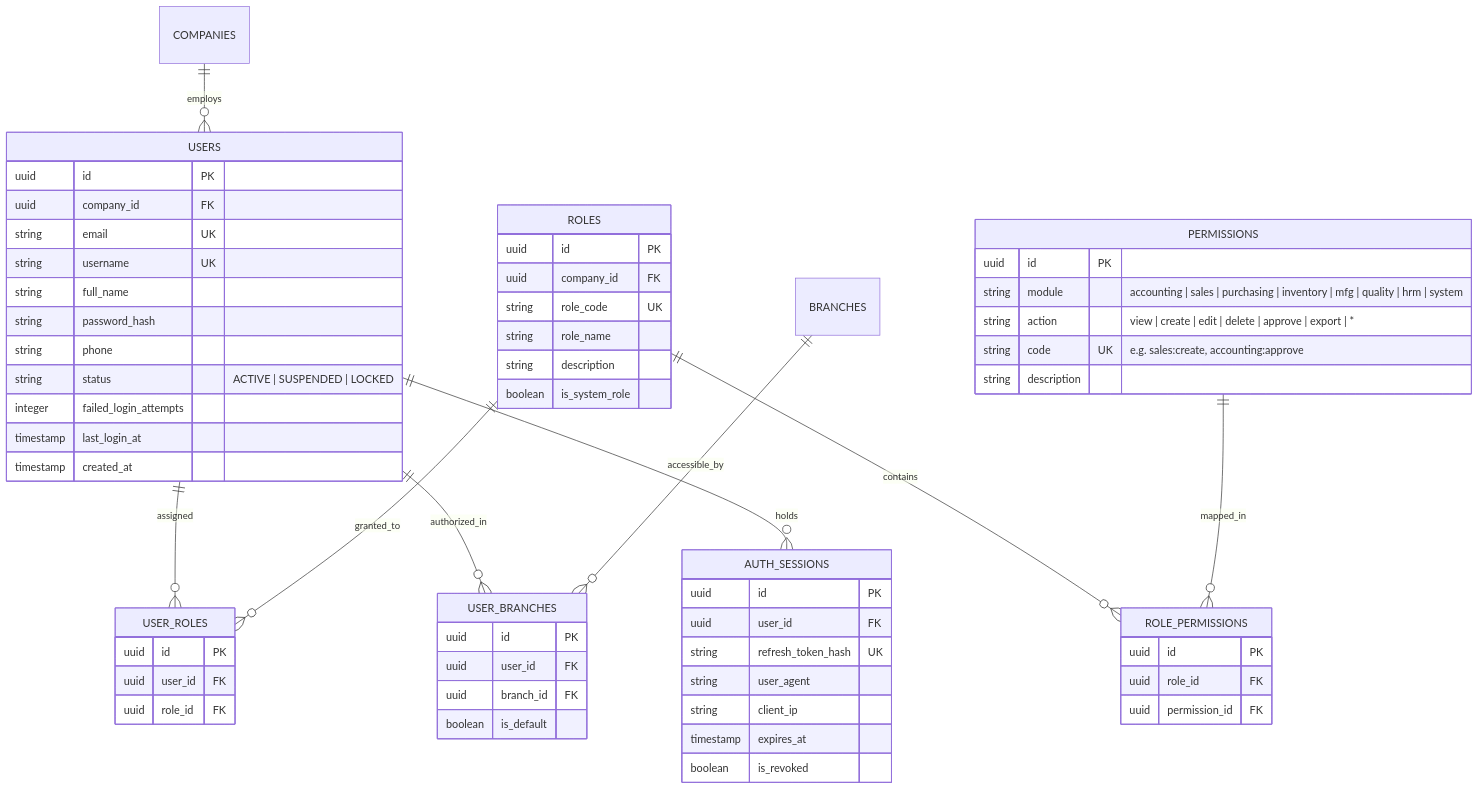
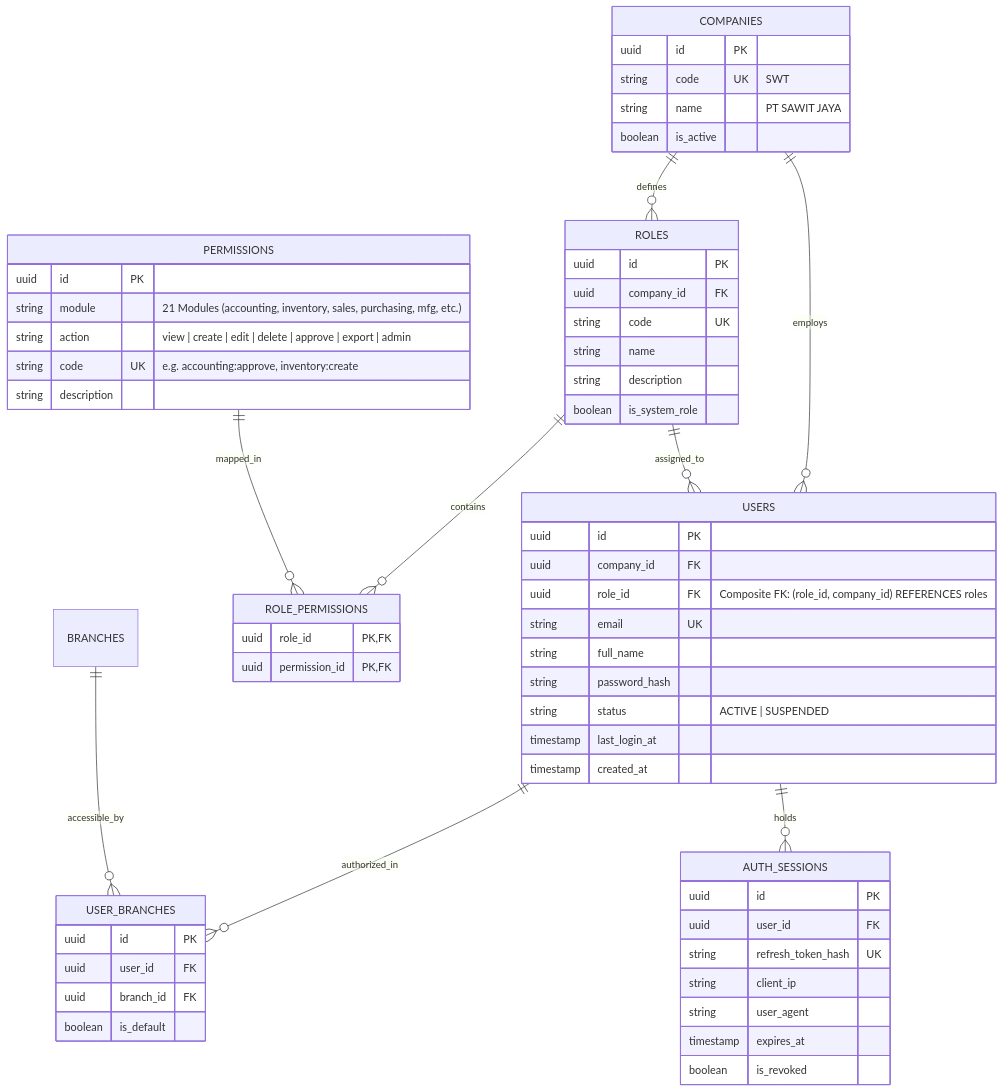
Before and after one commit to Vall-Here/mnf-erp-nextjs-golang: the fourth of 4 diagrams in sdd/16_iam_rbac_sdd.md, drawn with Mermaid. The commit also changed other lines of this file and 10 other files, not shown here.

````diff
--- a/sdd/16_iam_rbac_sdd.md
+++ b/sdd/16_iam_rbac_sdd.md
@@ -121,71 +129,69 @@
 ```mermaid
 erDiagram
+    COMPANIES ||--o{ ROLES : "defines"
     COMPANIES ||--o{ USERS : "employs"
-    USERS ||--o{ USER_ROLES : "assigned"
-    ROLES ||--o{ USER_ROLES : "granted_to"
+    ROLES ||--o{ USERS : "assigned_to"
     ROLES ||--o{ ROLE_PERMISSIONS : "contains"
     PERMISSIONS ||--o{ ROLE_PERMISSIONS : "mapped_in"
     USERS ||--o{ USER_BRANCHES : "authorized_in"
     BRANCHES ||--o{ USER_BRANCHES : "accessible_by"
     USERS ||--o{ AUTH_SESSIONS : "holds"
 
-    USERS {
+    COMPANIES {
         uuid id PK
-        uuid company_id FK
-        string email UK
-        string username UK
-        string full_name
-        string password_hash
-        string phone
-        string status "ACTIVE | SUSPENDED | LOCKED"
-        integer failed_login_attempts
-        timestamp last_login_at
-        timestamp created_at
+        string code UK "SWT"
+        string name "PT SAWIT JAYA"
+        boolean is_active
     }
 
     ROLES {
         uuid id PK
         uuid company_id FK
-        string role_code UK
-        string role_name
+        string code UK
+        string name
         string description
         boolean is_system_role
     }
 
+    USERS {
+        uuid id PK
+        uuid company_id FK
+        uuid role_id FK "Composite FK: (role_id, company_id) REFERENCES roles"
+        string email UK
+        string full_name
+        string password_hash
+        string status "ACTIVE | SUSPENDED"
+        timestamp last_login_at
+        timestamp created_at
+    }
+
     PERMISSIONS {
         uuid id PK
-        string module "accounting | sales | purchasing | inventory | mfg | quality | hrm | system"
-        string action "view | create | edit | delete | approve | export | *"
-        string code UK "e.g. sales:create, accounting:approve"
+        string module "21 Modules (accounting, inventory, sales, purchasing, mfg, etc.)"
+        string action "view | create | edit | delete | approve | export | admin"
+        string code UK "e.g. accounting:approve, inventory:create"
         string description
     }
 
     ROLE_PERMISSIONS {
-        uuid id PK
-        uuid role_id FK
-        uuid permission_id FK
-    }
-
-    USER_ROLES {
-        uuid id PK
-        uuid user_id FK
-        uuid role_id FK
+        uuid role_id PK,FK
+        uuid permission_id PK,FK
     }
 
     USER_BRANCHES {
         uuid id PK
         uuid user_id FK
         uuid branch_id FK
         boolean is_default
     }
 
     AUTH_SESSIONS {
         uuid id PK
         uuid user_id FK
         string refresh_token_hash UK
+        string client_ip
         string user_agent
-        string client_ip
         timestamp expires_at
         boolean is_revoked
     }
 ```
````
